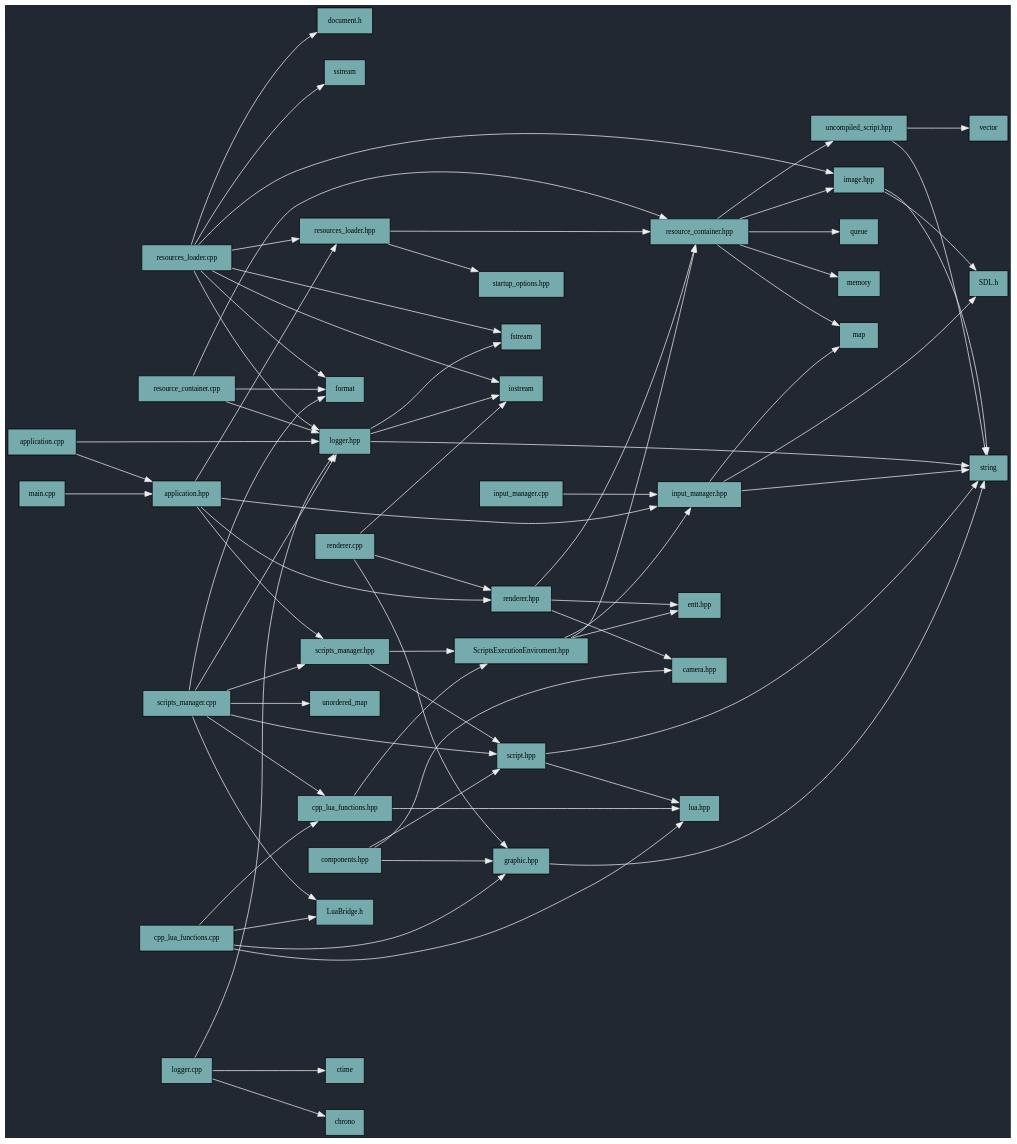
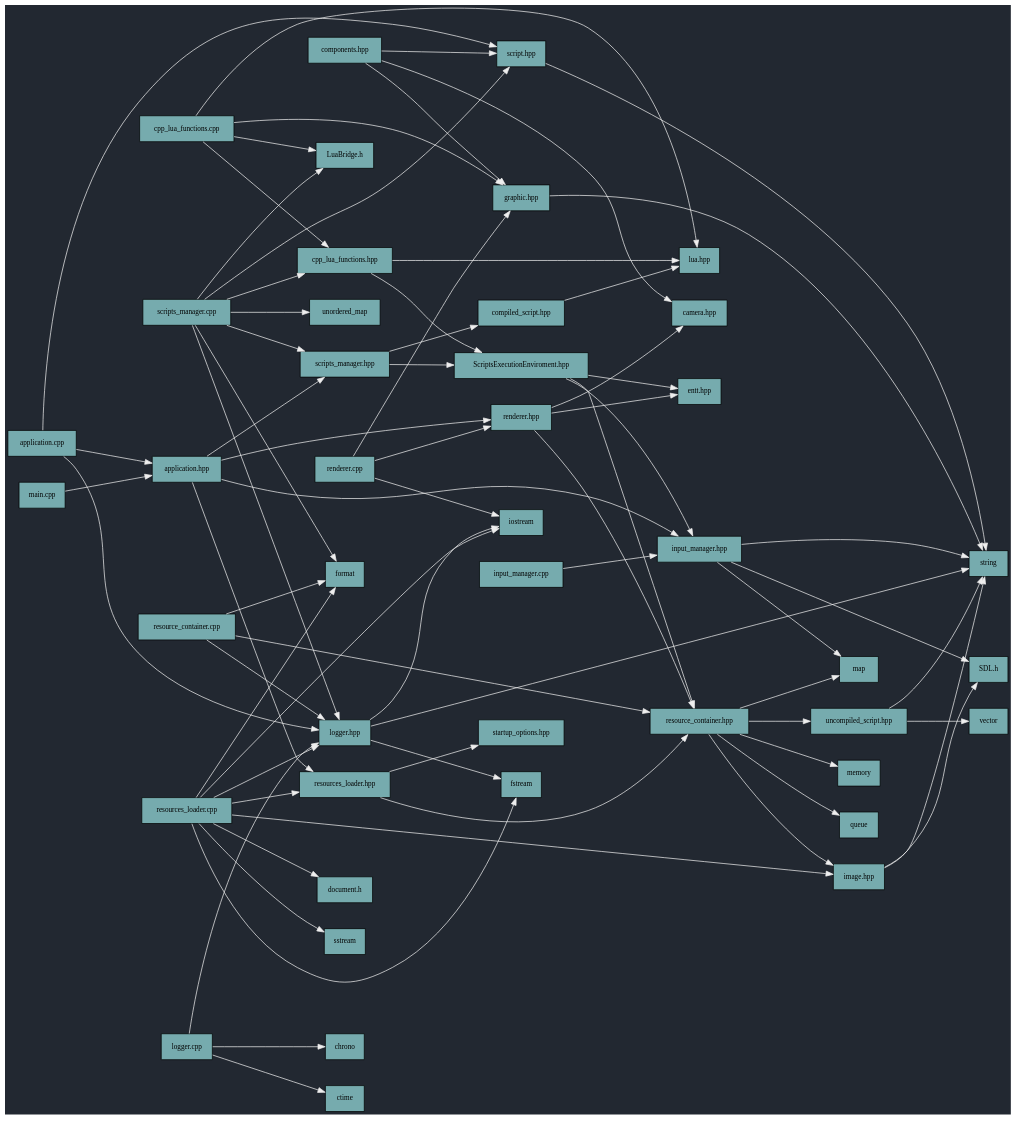
One commit to MichailS-000/Haste_n_Slash changed the diagram in include_graph/graph.dot. Above: the diagram before and after it, drawn with Graphviz. The commit also changed 8 other files, not shown here.

```diff
--- a/include_graph/graph.dot
+++ b/include_graph/graph.dot
@@ -1,77 +1,78 @@
 digraph IncludeHierarchy {
   rankdir=LR;
   nodesep=0.5;
   ranksep=1.2;
   bgcolor="#222831";
   node [shape=box, style=filled, fillcolor="#76ABAE", fontsize=10];
   edge [color="#EEEEEE"];
   "application.cpp" -> "logger.hpp";
   "application.cpp" -> "application.hpp";
+  "application.cpp" -> "script.hpp";
   "application.hpp" -> "renderer.hpp";
   "application.hpp" -> "resources_loader.hpp";
   "application.hpp" -> "input_manager.hpp";
   "application.hpp" -> "scripts_manager.hpp";
   "ScriptsExecutionEnviroment.hpp" -> "entt.hpp";
   "ScriptsExecutionEnviroment.hpp" -> "resource_container.hpp";
   "ScriptsExecutionEnviroment.hpp" -> "input_manager.hpp";
   "components.hpp" -> "camera.hpp";
   "components.hpp" -> "graphic.hpp";
   "components.hpp" -> "script.hpp";
   "scripts_manager.hpp" -> "ScriptsExecutionEnviroment.hpp";
-  "scripts_manager.hpp" -> "script.hpp";
+  "scripts_manager.hpp" -> "compiled_script.hpp";
   "input_manager.hpp" -> "map";
   "input_manager.hpp" -> "string";
   "input_manager.hpp" -> "SDL.h";
   "graphic.hpp" -> "string";
   "scripts_manager.cpp" -> "scripts_manager.hpp";
   "scripts_manager.cpp" -> "script.hpp";
   "scripts_manager.cpp" -> "logger.hpp";
   "scripts_manager.cpp" -> "cpp_lua_functions.hpp";
   "scripts_manager.cpp" -> "format";
   "scripts_manager.cpp" -> "unordered_map";
   "scripts_manager.cpp" -> "LuaBridge.h";
   "input_manager.cpp" -> "input_manager.hpp";
   "script.hpp" -> "string";
-  "script.hpp" -> "lua.hpp";
   "logger.cpp" -> "ctime";
   "logger.cpp" -> "logger.hpp";
   "logger.cpp" -> "chrono";
   "logger.hpp" -> "fstream";
   "logger.hpp" -> "iostream";
   "logger.hpp" -> "string";
   "uncompiled_script.hpp" -> "vector";
   "uncompiled_script.hpp" -> "string";
   "resource_container.hpp" -> "map";
   "resource_container.hpp" -> "memory";
   "resource_container.hpp" -> "queue";
   "resource_container.hpp" -> "image.hpp";
   "resource_container.hpp" -> "uncompiled_script.hpp";
   "main.cpp" -> "application.hpp";
   "image.hpp" -> "SDL.h";
   "image.hpp" -> "string";
   "renderer.cpp" -> "renderer.hpp";
   "renderer.cpp" -> "graphic.hpp";
   "renderer.cpp" -> "iostream";
   "renderer.hpp" -> "entt.hpp";
   "renderer.hpp" -> "resource_container.hpp";
   "renderer.hpp" -> "camera.hpp";
   "resources_loader.cpp" -> "document.h";
   "resources_loader.cpp" -> "format";
   "resources_loader.cpp" -> "sstream";
   "resources_loader.cpp" -> "resources_loader.hpp";
   "resources_loader.cpp" -> "logger.hpp";
   "resources_loader.cpp" -> "image.hpp";
   "resources_loader.cpp" -> "iostream";
   "resources_loader.cpp" -> "fstream";
+  "compiled_script.hpp" -> "lua.hpp";
   "resources_loader.hpp" -> "startup_options.hpp";
   "resources_loader.hpp" -> "resource_container.hpp";
   "resource_container.cpp" -> "logger.hpp";
   "resource_container.cpp" -> "resource_container.hpp";
   "resource_container.cpp" -> "format";
   "cpp_lua_functions.cpp" -> "lua.hpp";
   "cpp_lua_functions.cpp" -> "cpp_lua_functions.hpp";
   "cpp_lua_functions.cpp" -> "graphic.hpp";
   "cpp_lua_functions.cpp" -> "LuaBridge.h";
   "cpp_lua_functions.hpp" -> "ScriptsExecutionEnviroment.hpp";
   "cpp_lua_functions.hpp" -> "lua.hpp";
 }
```
